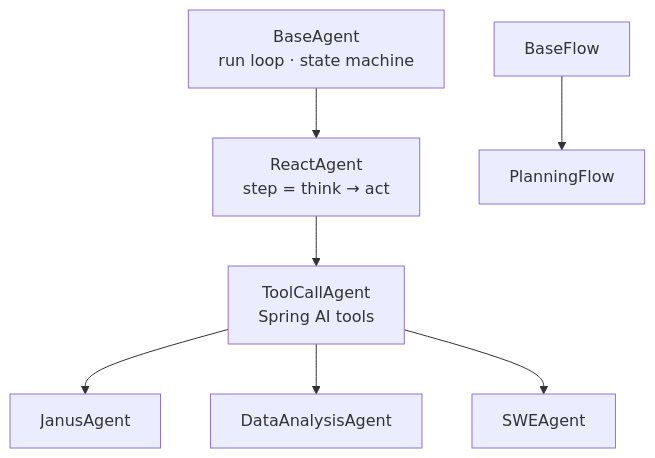
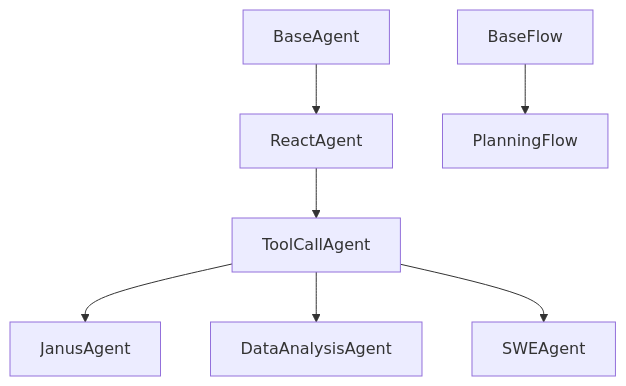
Before and after one commit to jixie-wish/Janus: the second of 6 diagrams in core/docs/AGENT-FLOW.en.md, drawn with Mermaid. The commit also changed other lines of this file, not shown here.

````diff
--- a/core/docs/AGENT-FLOW.en.md
+++ b/core/docs/AGENT-FLOW.en.md
@@ -36,16 +52,16 @@
 ```mermaid
 flowchart TB
-    BA[BaseAgent<br/>run loop · state machine]
-    RA[ReactAgent<br/>step = think → act]
-    TCA[ToolCallAgent<br/>Spring AI tools]
+    BA[BaseAgent]
+    RA[ReactAgent]
+    TCA[ToolCallAgent]
     JA[JanusAgent]
     DA[DataAnalysisAgent]
     SWE[SWEAgent]
 
     BA --> RA --> TCA
     TCA --> JA & DA & SWE
 
     BF[BaseFlow]
     PF[PlanningFlow]
     BF --> PF
 ```
````
